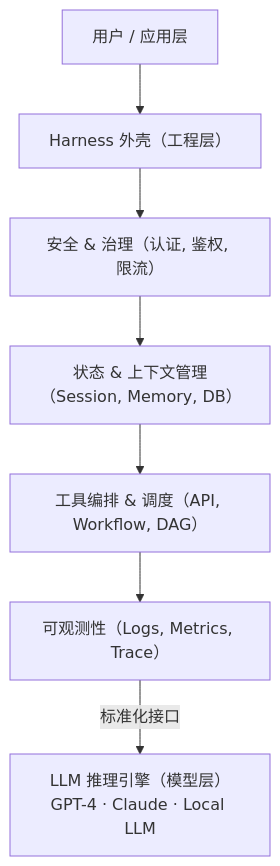
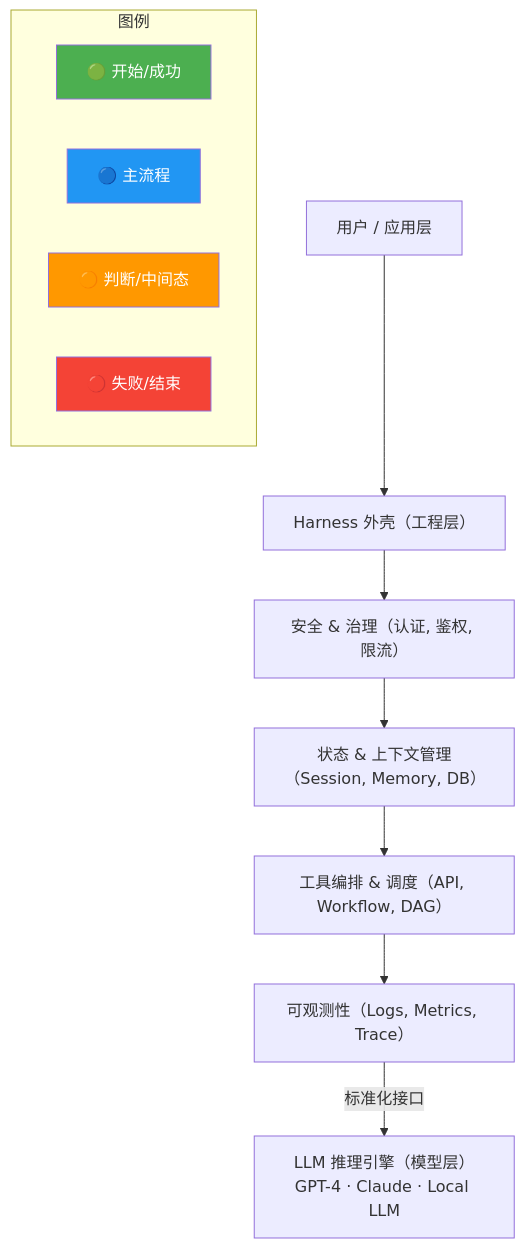
Before and after one commit to SunArthur86/interview-2026: the diagram in questions/ai-harness/age-034.md, drawn with Mermaid. The commit also changed other lines of this file and 3180 other files, not shown here.

First line of the commit message:
Mermaid颜色增强99% + 面试频率分类(高频1571/中频1115/低频461)

````diff
--- a/questions/ai-harness/age-034.md
+++ b/questions/ai-harness/age-034.md
@@ -47,17 +48,52 @@
 ```mermaid
 flowchart TB
+    classDef start fill:#4CAF50,color:#fff
+    classDef process fill:#2196F3,color:#fff
+    classDef decision fill:#FF9800,color:#fff
+    classDef special fill:#9C27B0,color:#fff
+    classDef error fill:#f44336,color:#fff
+    classDef info fill:#607D8B,color:#fff
+    class API start
+    class Claude process
+    class DAG decision
+    class DB special
+    class GPT error
+    class Harness info
+    class LLM start
+    class Local process
+    class Logs decision
+    class Memory special
+    class Metrics error
+    class Session info
+    class Trace start
+    class Workflow process
+    class amp decision
+    class br special
+    class harness error
+    class llm info
+    class obs start
+    class sec process
+    class state decision
+    class tool special
+    class user error
     user["用户 / 应用层"]
     harness["Harness 外壳（工程层）"]
     sec["安全 &amp; 治理（认证, 鉴权, 限流）"]
     state["状态 &amp; 上下文管理（Session, Memory, DB）"]
     tool["工具编排 &amp; 调度（API, Workflow, DAG）"]
     obs["可观测性（Logs, Metrics, Trace）"]
     llm["LLM 推理引擎（模型层）<br/>GPT-4 · Claude · Local LLM"]
 
     user --> harness
     harness --> sec
     sec --> state
     state --> tool
     tool --> obs
     obs -->|标准化接口| llm
+    subgraph Legend["图例"]
+        L1["🟢 开始/成功"]:::start
+        L2["🔵 主流程"]:::process
+        L3["🟠 判断/中间态"]:::decision
+        L4["🔴 失败/结束"]:::error
+    end
 ```
````
